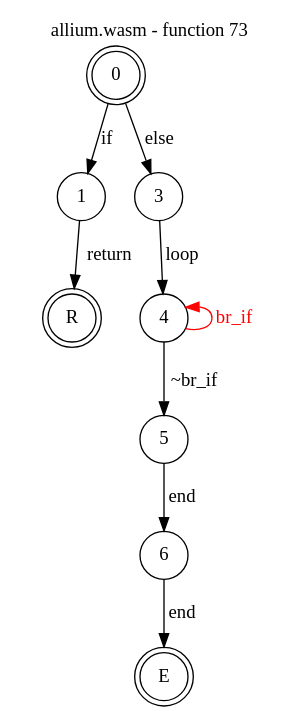
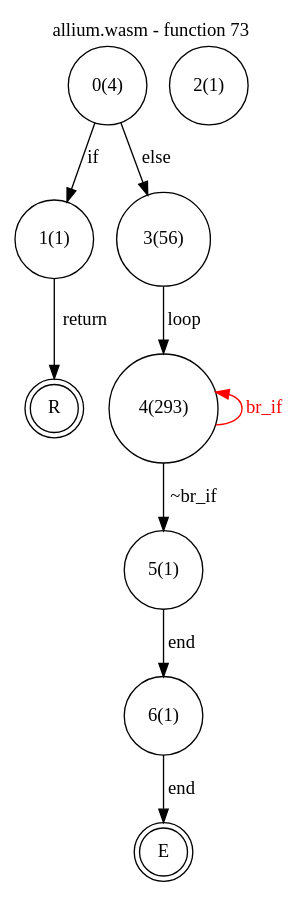
The diagram in test_cases/allium/funcs/allium-func73.dot (jsCarleton/wanalyze), drawn with Graphviz before and after one commit. The commit also changed 145 other files, not shown here.

```diff
--- a/test_cases/allium/funcs/allium-func73.dot
+++ b/test_cases/allium/funcs/allium-func73.dot
@@ -1,17 +1,25 @@
 digraph finite_state_machine {
     label = "allium.wasm - function 73"
     labelloc =  t
     labelfontsize = 16
     labelfontcolor = black
     labelfontname = "Helvetica"
-    node [shape = doublecircle]; 0 E R ;
-    node [shape = circle];
+    node [shape = doublecircle]; E R ;
+node [shape=circle, fontcolor=black, style="", label="0(4)"]0
+node [shape=circle, fontcolor=black, style="", label="1(1)"]1
+node [shape=circle, fontcolor=black, style="", label="2(1)"]2
+node [shape=circle, fontcolor=black, style="", label="3(56)"]3
+node [shape=circle, fontcolor=black, style="", label="4(293)"]4
+node [shape=circle, fontcolor=black, style="", label="5(1)"]5
+node [shape=circle, fontcolor=black, style="", label="6(1)"]6
+node [shape=circle, fontcolor=black, style="", label="E"]E
+node [shape=circle, fontcolor=black, style="", label="R"]R
     0 -> 1[label="if"];
     0 -> 3[label="else"];
     1 -> R[label="return"];
     3 -> 4[label="loop"];
     4 -> 5[label="~br_if"];
     4 -> 4[color="red" dir=back fontcolor="red" label="br_if"];
     5 -> 6[label="end"];
     6 -> E[label="end"];
 }
```
